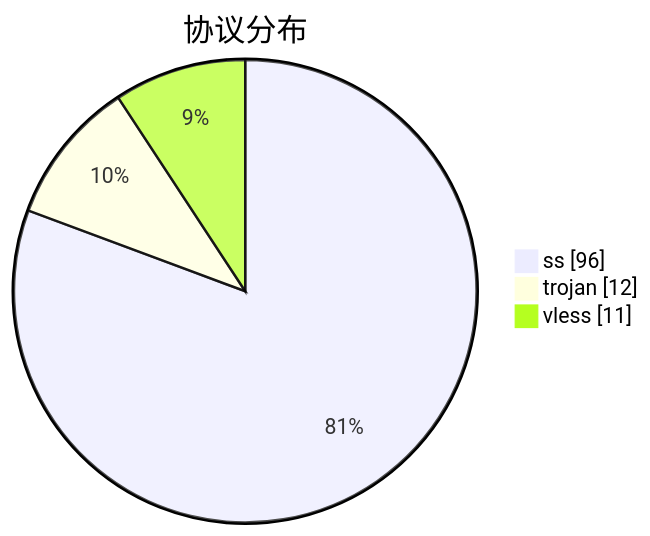
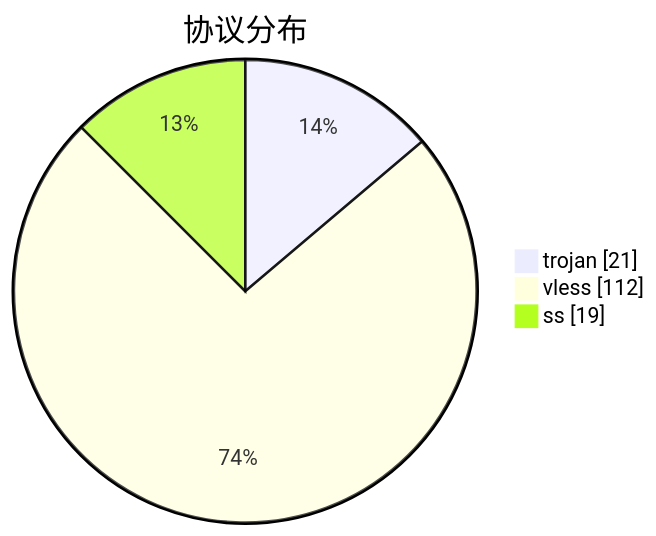
One commit to qjlxg/airport changed the third of 3 diagrams in subs/statistics/tested_within.md. Above: the diagram before and after it, drawn with Mermaid. The commit also changed other lines of this file and 2 other files, not shown here.

````diff
--- a/subs/statistics/tested_within.md
+++ b/subs/statistics/tested_within.md
@@ -27,7 +32,7 @@
 ```mermaid
 pie showData
 title 协议分布
-"ss" : 96
-"trojan" : 12
-"vless" : 11
+"trojan" : 21
+"vless" : 112
+"ss" : 19
 ```
````
